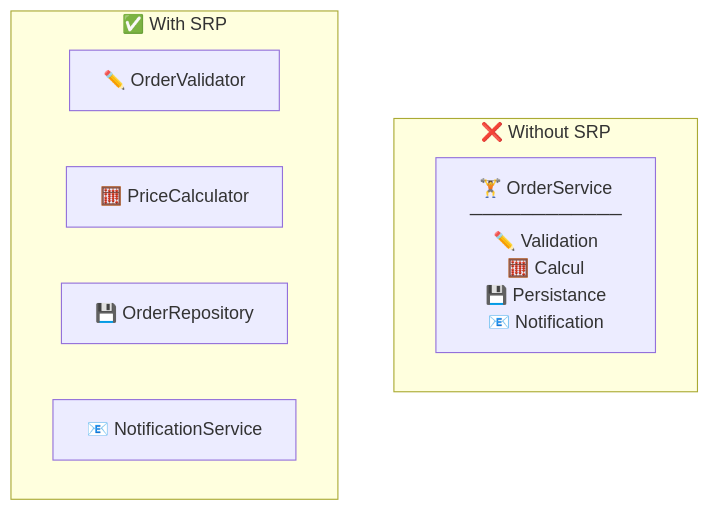
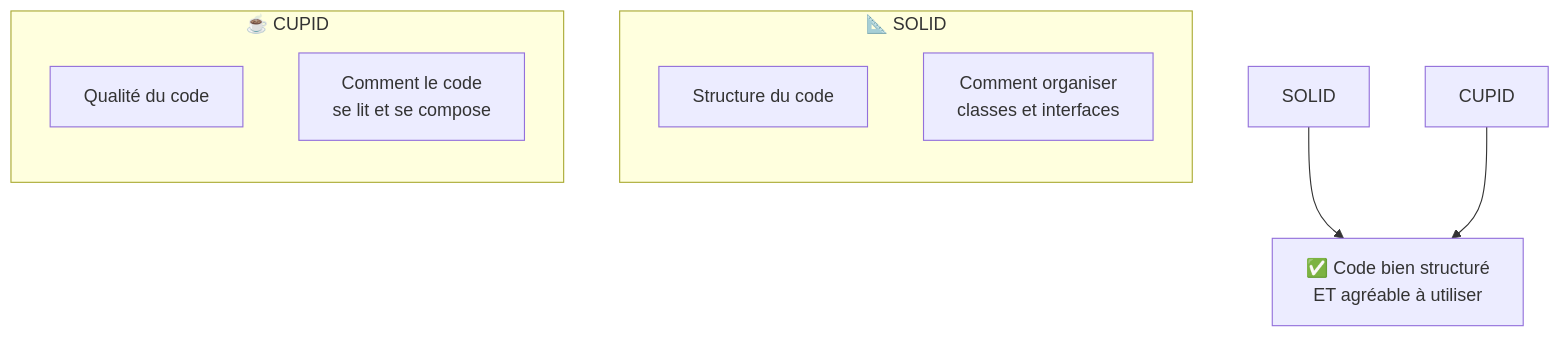
The third of 5 diagrams in README.FR.md (AnthonyDegroote/SoftwareCraftLab), drawn with Mermaid before and after one commit. The commit also changed other lines of this file and 1 other file, not shown here.

First line of the commit message:
Refonte README : ajout CUPID, structure & comparatifs

````diff
--- a/README.FR.md
+++ b/README.FR.md
@@ -82,13 +85,17 @@
 ```mermaid
 graph TB
-    subgraph "❌ Without SRP"
-        GOD["🏋️ OrderService<br/>────────────<br/>✏️ Validation<br/>🧮 Calcul<br/>💾 Persistance<br/>📧 Notification"]
+    subgraph "📐 SOLID"
+        direction TB
+        S1["Structure du code"]
+        S2["Comment organiser<br/>classes et interfaces"]
     end
 
-    subgraph "✅ With SRP"
-        V["✏️ OrderValidator"]
-        C["🧮 PriceCalculator"]
-        R["💾 OrderRepository"]
-        N["📧 NotificationService"]
+    subgraph "☕ CUPID"
+        direction TB
+        C1["Qualité du code"]
+        C2["Comment le code<br/>se lit et se compose"]
     end
+
+    SOLID --> BOTH["✅ Code bien structuré<br/>ET agréable à utiliser"]
+    CUPID --> BOTH
 ```
````
